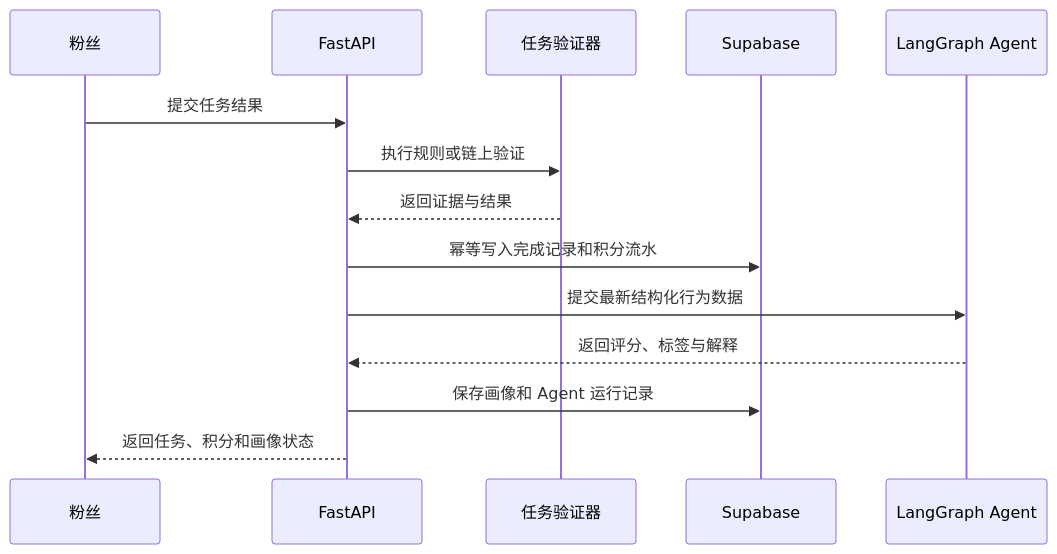
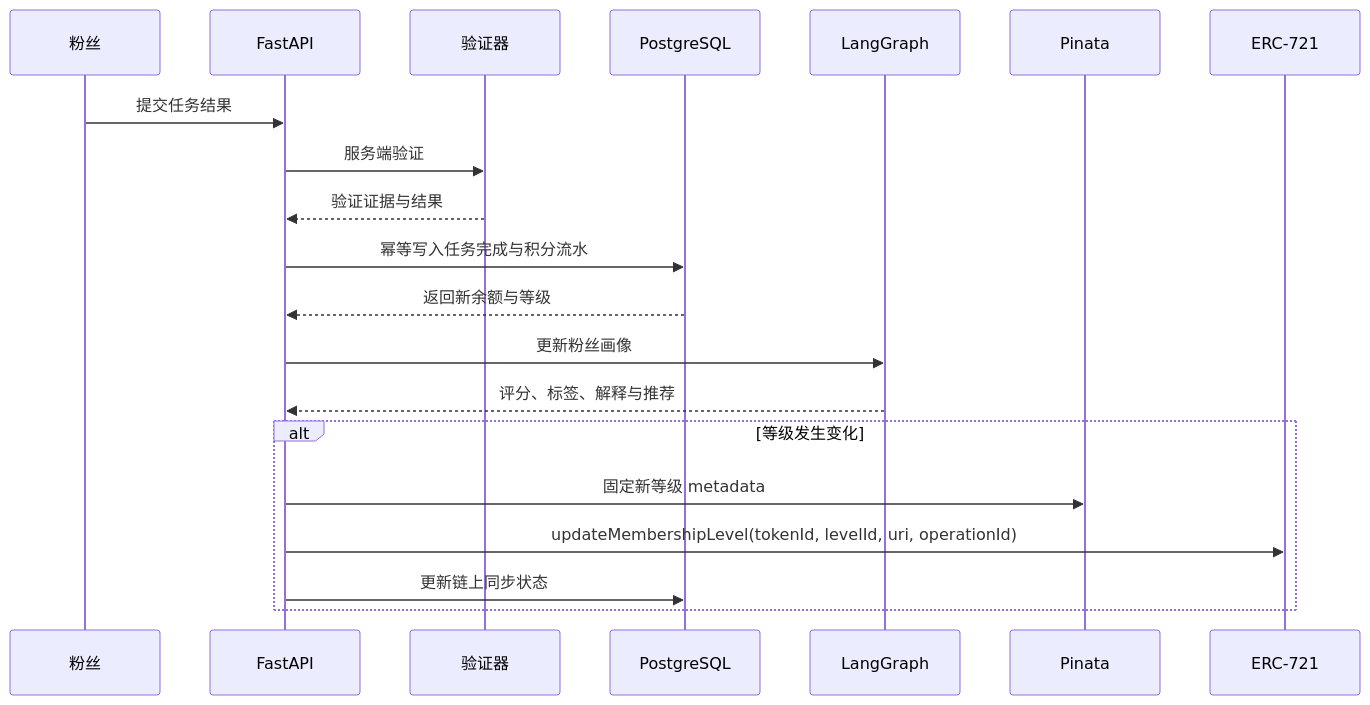
Before and after one commit to ouminghai/Fanora: the fourth of 5 diagrams in docs/ARCHITECTURE.md, drawn with Mermaid. The commit also changed other lines of this file and 86 other files, not shown here.

````diff
--- a/docs/ARCHITECTURE.md
+++ b/docs/ARCHITECTURE.md
@@ -374,17 +341,23 @@
 ```mermaid
 sequenceDiagram
-    participant F as 粉丝
-    participant API as FastAPI
-    participant V as 任务验证器
-    participant DB as Supabase
-    participant A as LangGraph Agent
+    participant U as 粉丝
+    participant B as FastAPI
+    participant V as 验证器
+    participant D as PostgreSQL
+    participant A as LangGraph
+    participant P as Pinata
+    participant C as ERC-721
 
-    F->>API: 提交任务结果
-    API->>V: 执行规则或链上验证
-    V-->>API: 返回证据与结果
-    API->>DB: 幂等写入完成记录和积分流水
-    API->>A: 提交最新结构化行为数据
-    A-->>API: 返回评分、标签与解释
-    API->>DB: 保存画像和 Agent 运行记录
-    API-->>F: 返回任务、积分和画像状态
+    U->>B: 提交任务结果
+    B->>V: 服务端验证
+    V-->>B: 验证证据与结果
+    B->>D: 幂等写入任务完成与积分流水
+    D-->>B: 返回新余额与等级
+    B->>A: 更新粉丝画像
+    A-->>B: 评分、标签、解释与推荐
+    alt 等级发生变化
+        B->>P: 固定新等级 metadata
+        B->>C: updateMembershipLevel(tokenId, levelId, uri, operationId)
+        B->>D: 更新链上同步状态
+    end
 ```
````
